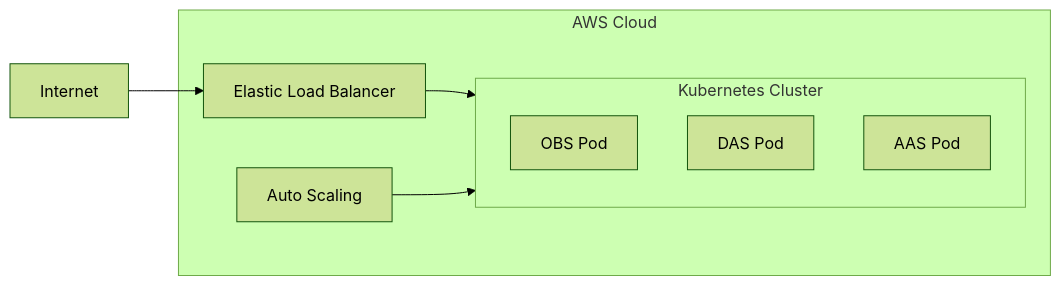
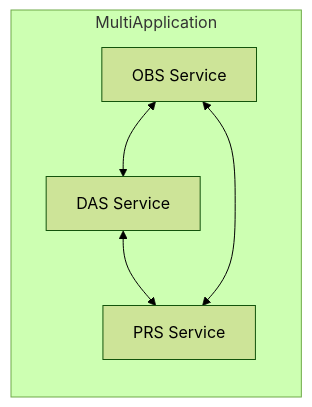
The eighth of 16 diagrams in Docs/Architecture_DAS.md (ADORSYS-GIS/webank-BankAccount), drawn with Mermaid (forest theme) before and after one commit. The commit also changed other lines of this file, not shown here.

Commit message:
Went two level deeper with the security architecture.

````diff
--- a/Docs/Architecture_DAS.md
+++ b/Docs/Architecture_DAS.md
@@ -181,13 +308,12 @@
 ```mermaid
 graph LR
-    subgraph AWS Cloud
-        ELB[Elastic Load Balancer] --> K8sCluster
-        subgraph K8sCluster[Kubernetes Cluster]
-            OBS[OBS Pod]
-            DAS[DAS Pod]
-            AAS[AAS Pod]
-        end
-        AutoScaling[Auto Scaling] --> K8sCluster
-    end
-    Internet --> ELB
+subgraph MultiApplication
+    A[OBS Service]
+    B[DAS Service]
+    C[PRS Service]
+end
+
+A <--> B
+B <--> C
+A <--> C
 ```
````
